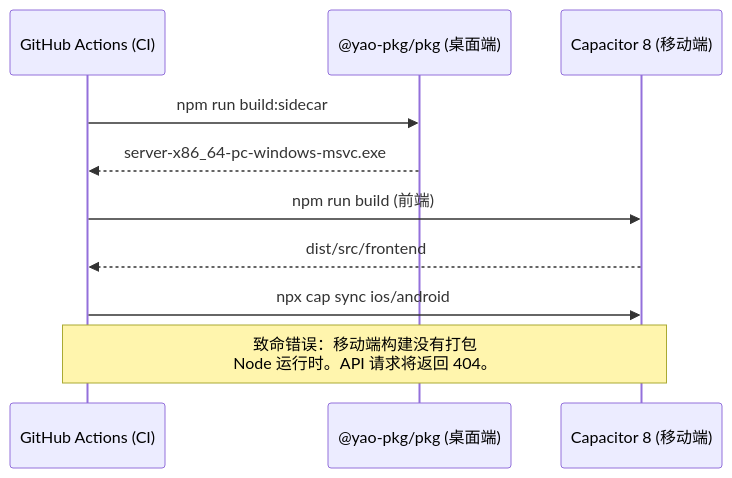
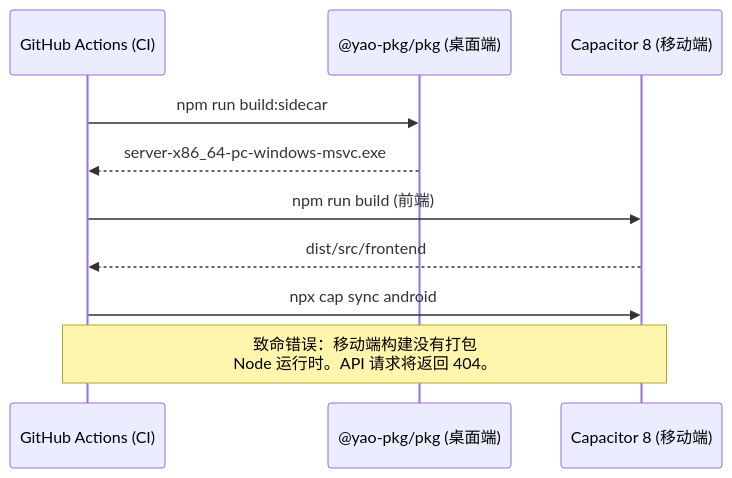
The fourth of 4 diagrams in docs/fixrisk_TODO.md (Jacobinwwey/NoteConnection), drawn with Mermaid before and after one commit. The commit also changed other lines of this file and 14 other files, not shown here.

Commit message:
backup mermaid again

````diff
--- a/docs/fixrisk_TODO.md
+++ b/docs/fixrisk_TODO.md
@@ -433,13 +287,13 @@
 ```mermaid
 sequenceDiagram
     participant CI as GitHub Actions (CI)
     participant PKG as @yao-pkg/pkg (桌面端)
     participant CAP as Capacitor 8 (移动端)
     
     CI->>PKG: npm run build:sidecar
     PKG-->>CI: server-x86_64-pc-windows-msvc.exe
     CI->>CAP: npm run build (前端)
     CAP-->>CI: dist/src/frontend
-    CI->>CAP: npx cap sync ios/android
+    CI->>CAP: npx cap sync android
     Note over CI,CAP: 致命错误：移动端构建没有打包<br/>Node 运行时。API 请求将返回 404。
 ```
````
